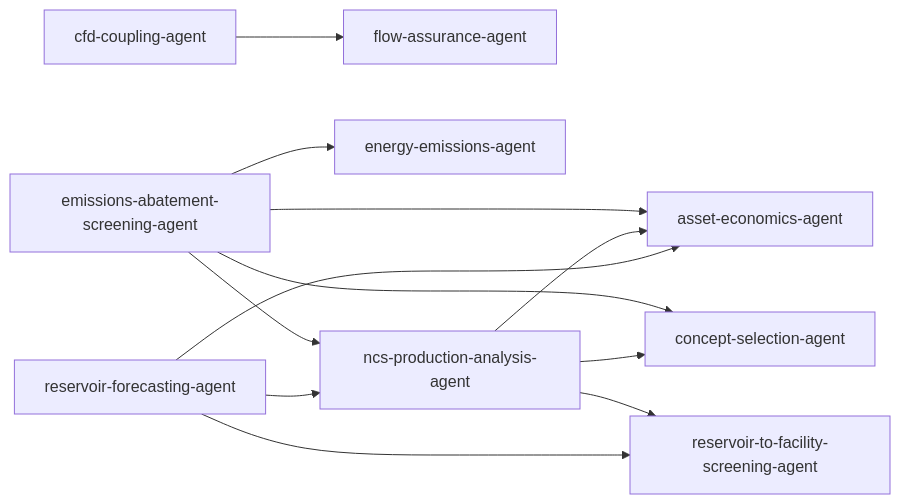
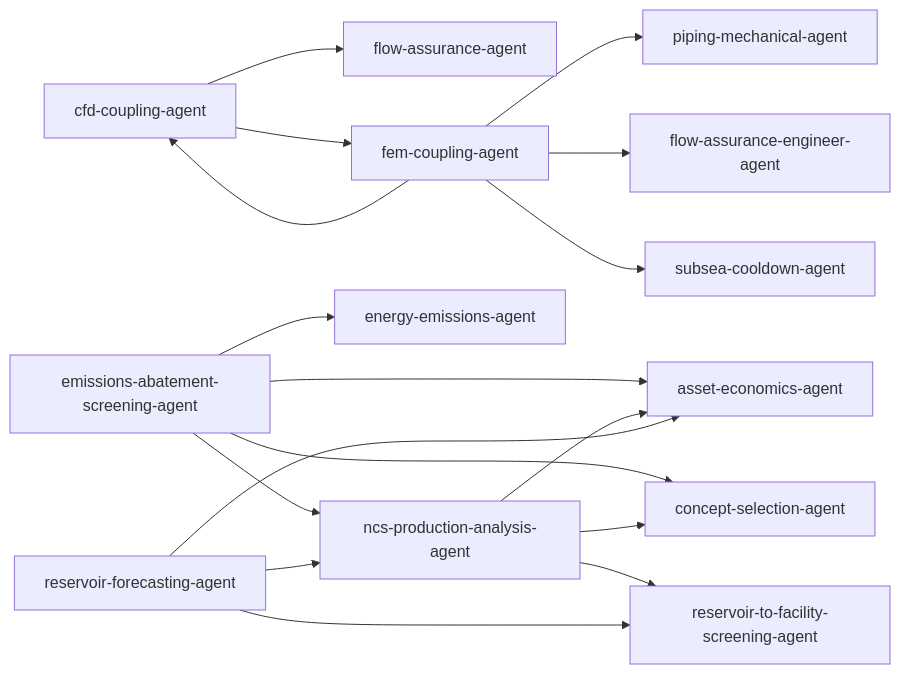
One commit to equinor/neqsim-community-agents changed the diagram in docs/ORCHESTRATION_MAP.md. Above: the diagram before and after it, drawn with Mermaid. The commit also changed other lines of this file and 7 other files, not shown here.

````diff
--- a/docs/ORCHESTRATION_MAP.md
+++ b/docs/ORCHESTRATION_MAP.md
@@ -56,14 +57,19 @@
 ```mermaid
 graph LR
     cfd_coupling_agent["cfd-coupling-agent"] --> flow_assurance_agent["flow-assurance-agent"]
+    cfd_coupling_agent["cfd-coupling-agent"] --> fem_coupling_agent["fem-coupling-agent"]
     emissions_abatement_screening_agent["emissions-abatement-screening-agent"] --> energy_emissions_agent["energy-emissions-agent"]
     emissions_abatement_screening_agent["emissions-abatement-screening-agent"] --> ncs_production_analysis_agent["ncs-production-analysis-agent"]
     emissions_abatement_screening_agent["emissions-abatement-screening-agent"] --> concept_selection_agent["concept-selection-agent"]
     emissions_abatement_screening_agent["emissions-abatement-screening-agent"] --> asset_economics_agent["asset-economics-agent"]
+    fem_coupling_agent["fem-coupling-agent"] --> cfd_coupling_agent["cfd-coupling-agent"]
+    fem_coupling_agent["fem-coupling-agent"] --> subsea_cooldown_agent["subsea-cooldown-agent"]
+    fem_coupling_agent["fem-coupling-agent"] --> flow_assurance_engineer_agent["flow-assurance-engineer-agent"]
+    fem_coupling_agent["fem-coupling-agent"] --> piping_mechanical_agent["piping-mechanical-agent"]
     ncs_production_analysis_agent["ncs-production-analysis-agent"] --> reservoir_to_facility_screening_agent["reservoir-to-facility-screening-agent"]
     ncs_production_analysis_agent["ncs-production-analysis-agent"] --> concept_selection_agent["concept-selection-agent"]
     ncs_production_analysis_agent["ncs-production-analysis-agent"] --> asset_economics_agent["asset-economics-agent"]
     reservoir_forecasting_agent["reservoir-forecasting-agent"] --> ncs_production_analysis_agent["ncs-production-analysis-agent"]
     reservoir_forecasting_agent["reservoir-forecasting-agent"] --> reservoir_to_facility_screening_agent["reservoir-to-facility-screening-agent"]
     reservoir_forecasting_agent["reservoir-forecasting-agent"] --> asset_economics_agent["asset-economics-agent"]
 ```
````
